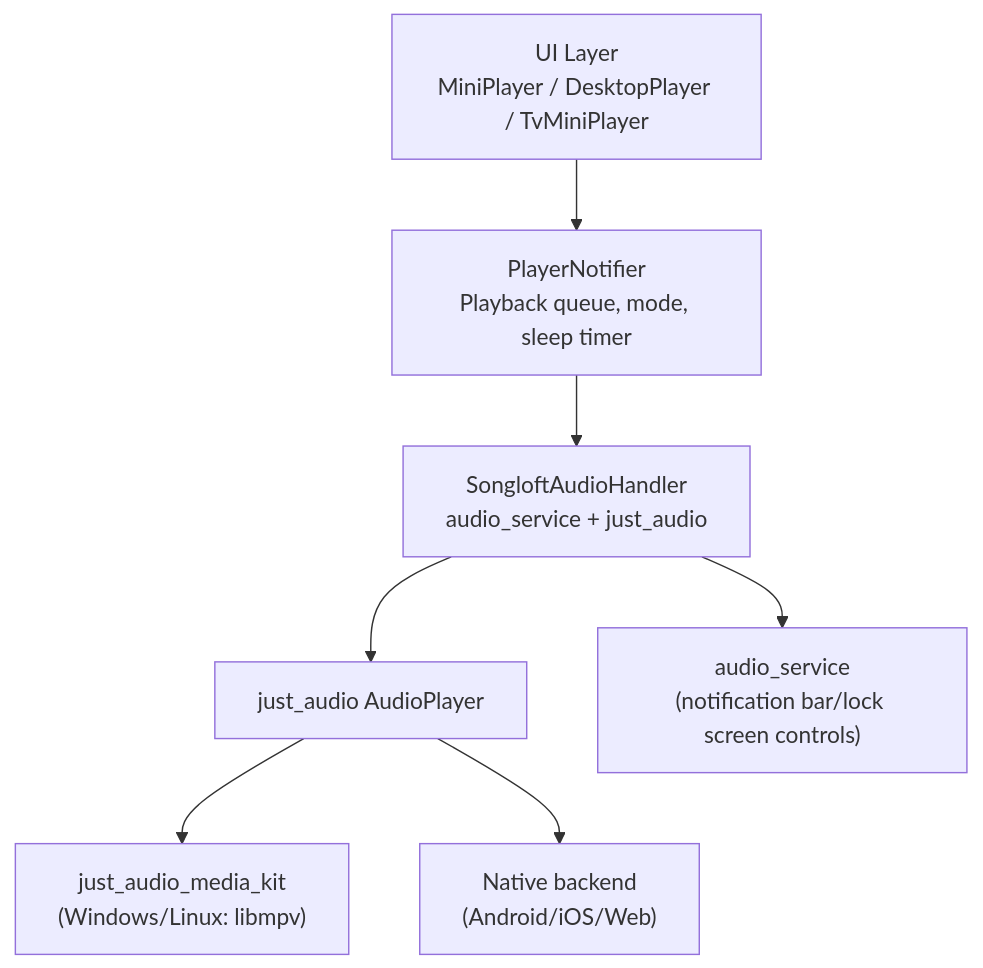
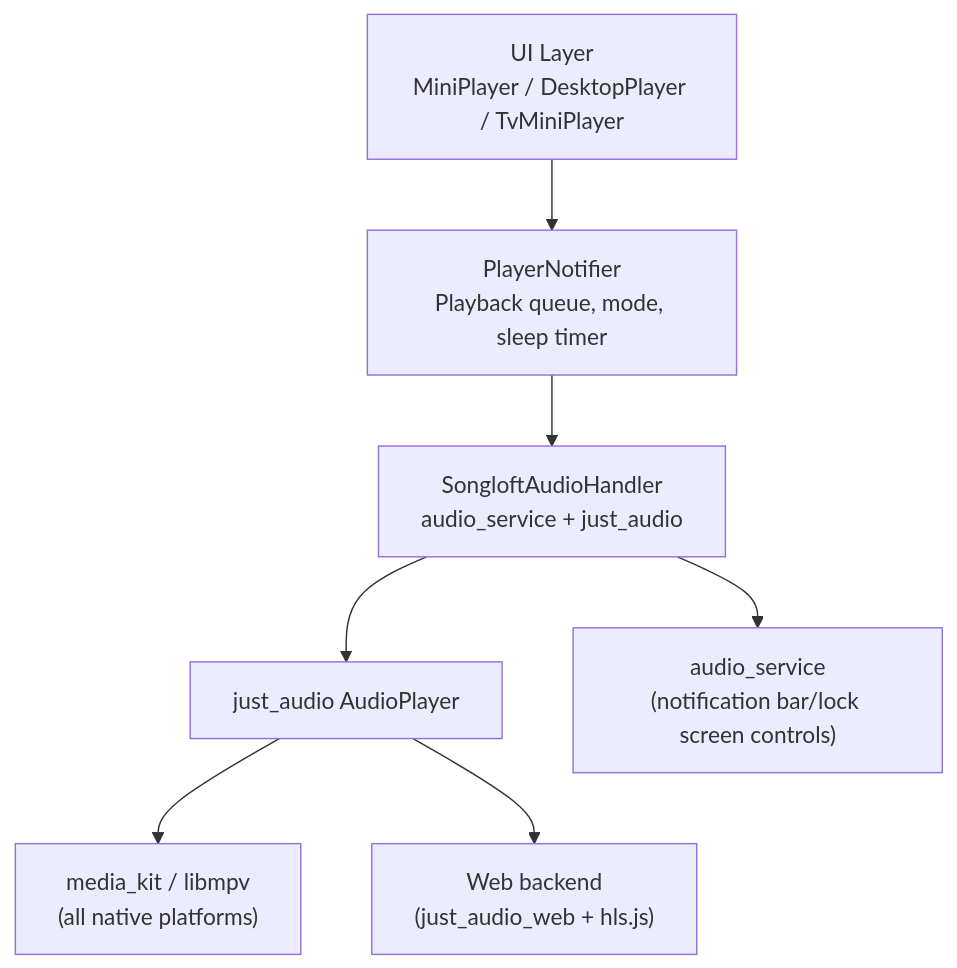
The third of 4 diagrams in docs/en/repowiki/前端系统设计.md (MambaOutZY/songloft-gemini), drawn with Mermaid before and after one commit. The commit also changed other lines of this file and 7 other files, not shown here.

Commit message:
docs: 同步文档为原生平台统一 media_kit 后端 + 更新子模块指针 (songloft-org/songloft#76)

````diff
--- a/docs/en/repowiki/前端系统设计.md
+++ b/docs/en/repowiki/前端系统设计.md
@@ -316,9 +316,9 @@
 ```mermaid
 graph TB
     UI["UI Layer\nMiniPlayer / DesktopPlayer / TvMiniPlayer"] --> PN["PlayerNotifier\nPlayback queue, mode, sleep timer"]
     PN --> AH["SongloftAudioHandler\naudio_service + just_audio"]
     AH --> JA["just_audio AudioPlayer"]
-    JA --> MK["just_audio_media_kit\n(Windows/Linux: libmpv)"]
-    JA --> NATIVE["Native backend\n(Android/iOS/Web)"]
+    JA --> MK["media_kit / libmpv\n(all native platforms)"]
+    JA --> NATIVE["Web backend\n(just_audio_web + hls.js)"]
     AH --> AS["audio_service\n(notification bar/lock screen controls)"]
 ```
````
